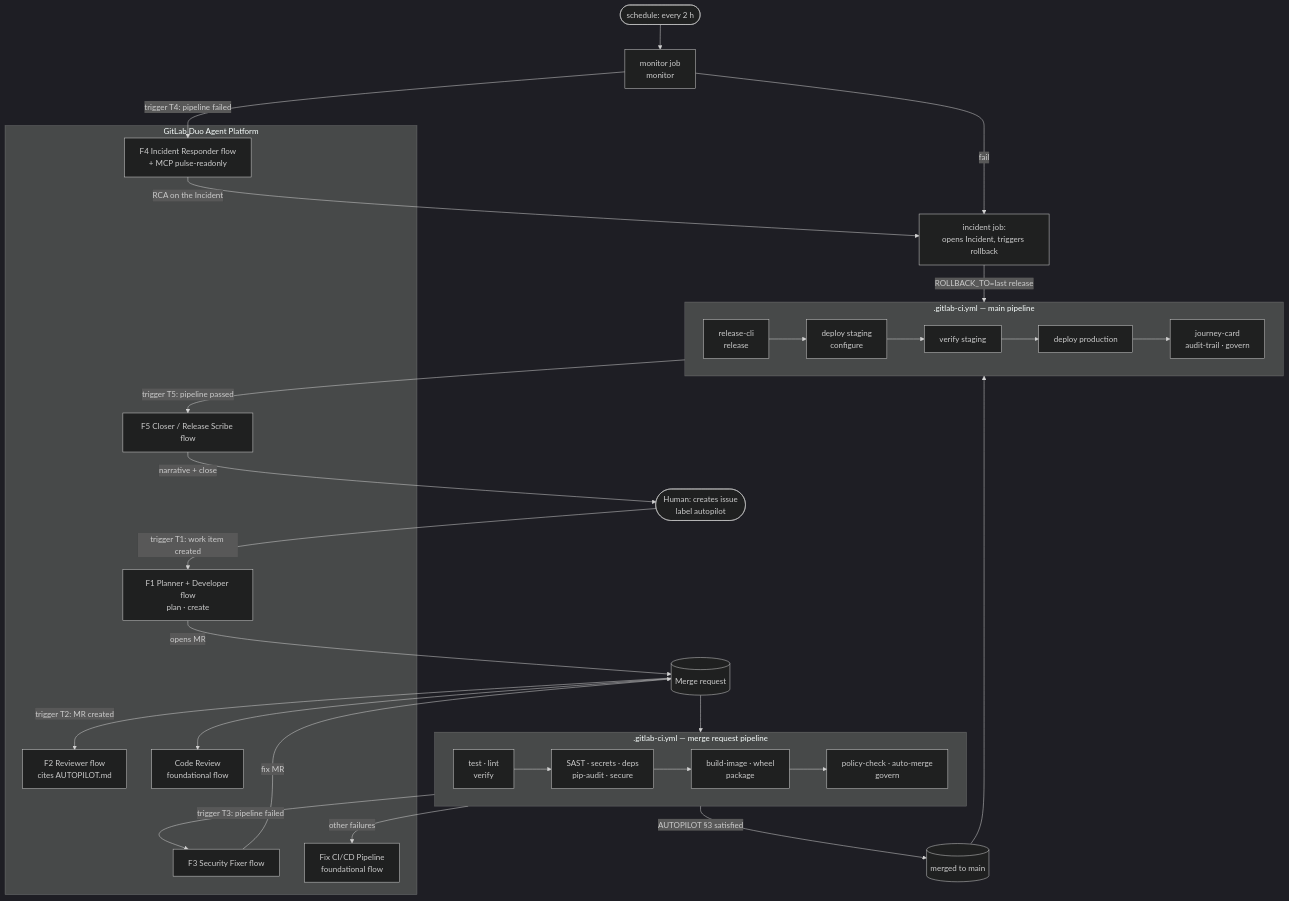
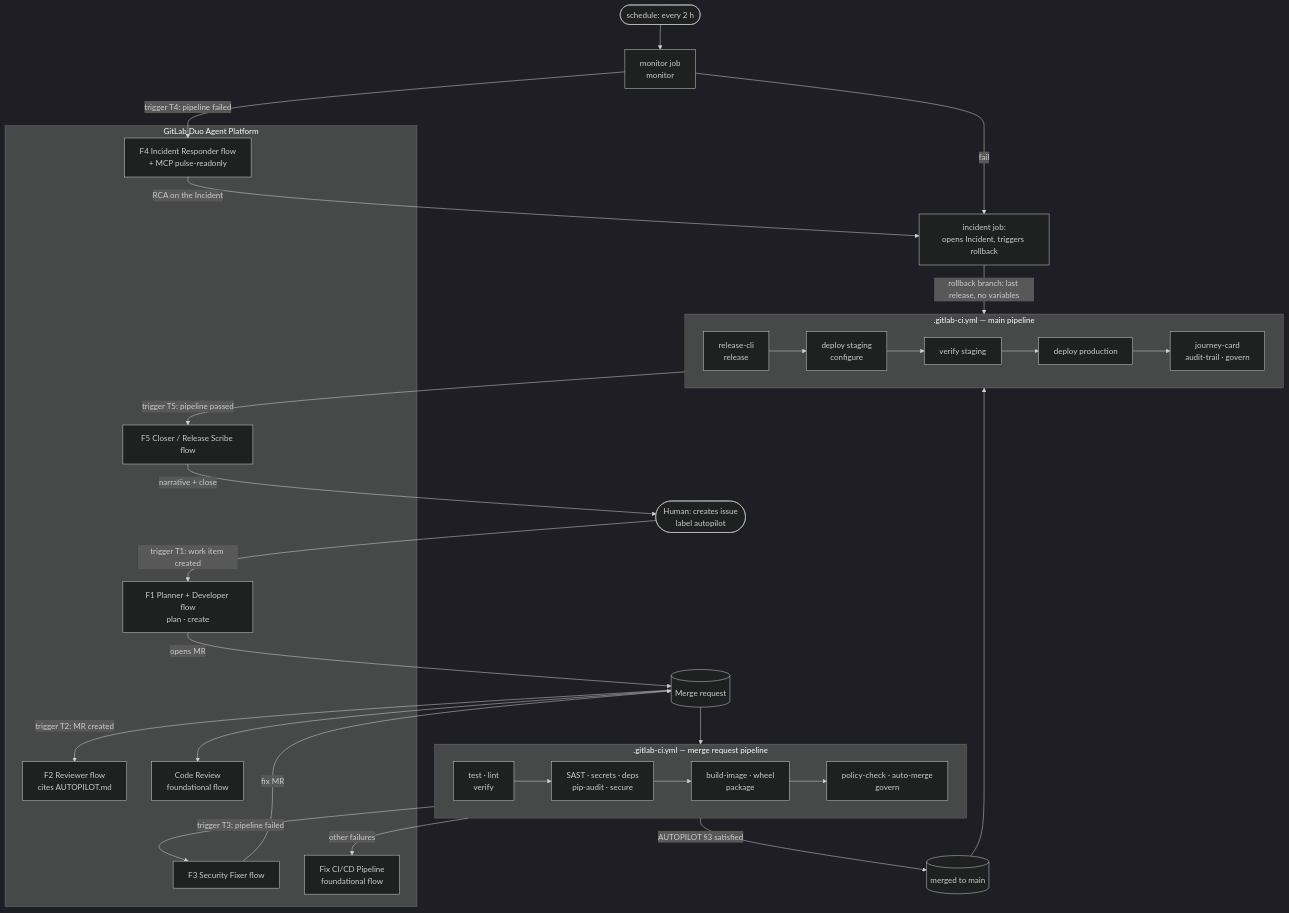
One commit to vigohan95/gitlab-autopilot changed the diagram in README.md. Above: the diagram before and after it, drawn with Mermaid (dark theme). The commit also changed other lines of this file and 2 other files, not shown here.

````diff
--- a/README.md
+++ b/README.md
@@ -92,43 +117,43 @@
 ```mermaid
 flowchart TD
     H([Human: creates issue<br/>label autopilot]) -->|trigger T1: work item created| F1
 
     subgraph DUO[GitLab Duo Agent Platform]
         F1[F1 Planner + Developer flow<br/>plan · create]
         F2[F2 Reviewer flow<br/>cites AUTOPILOT.md]
         F3[F3 Security Fixer flow]
         F4[F4 Incident Responder flow<br/>+ MCP pulse-readonly]
         F5[F5 Closer / Release Scribe flow]
         CR[Code Review<br/>foundational flow]
         FP[Fix CI/CD Pipeline<br/>foundational flow]
     end
 
     F1 -->|opens MR| MR[(Merge request)]
     MR -->|trigger T2: MR created| F2
     MR --> CR
     MR --> P
 
     subgraph P[".gitlab-ci.yml — merge request pipeline"]
         direction LR
         T[test · lint<br/>verify] --> S[SAST · secrets · deps<br/>pip-audit · secure] --> B[build-image · wheel<br/>package] --> G[policy-check · auto-merge<br/>govern]
     end
 
     S -->|trigger T3: pipeline failed| F3
     F3 -->|fix MR| MR
     T -->|other failures| FP
     G -->|AUTOPILOT §3 satisfied| M[(merged to main)]
 
     subgraph MP[".gitlab-ci.yml — main pipeline"]
         direction LR
         R[release-cli<br/>release] --> DS[deploy staging<br/>configure] --> VS[verify staging] --> DP[deploy production] --> JC[journey-card<br/>audit-trail · govern]
     end
     M --> MP
     MP -->|trigger T5: pipeline passed| F5
     F5 -->|narrative + close| H
 
     SCH([schedule: every 2 h]) --> MON[monitor job<br/>monitor]
     MON -->|fail| INC[incident job:<br/>opens Incident, triggers rollback]
-    INC -->|ROLLBACK_TO=last release| MP
+    INC -->|rollback branch: last release, no variables| MP
     MON -->|trigger T4: pipeline failed| F4
     F4 -->|RCA on the Incident| INC
 ```
````
